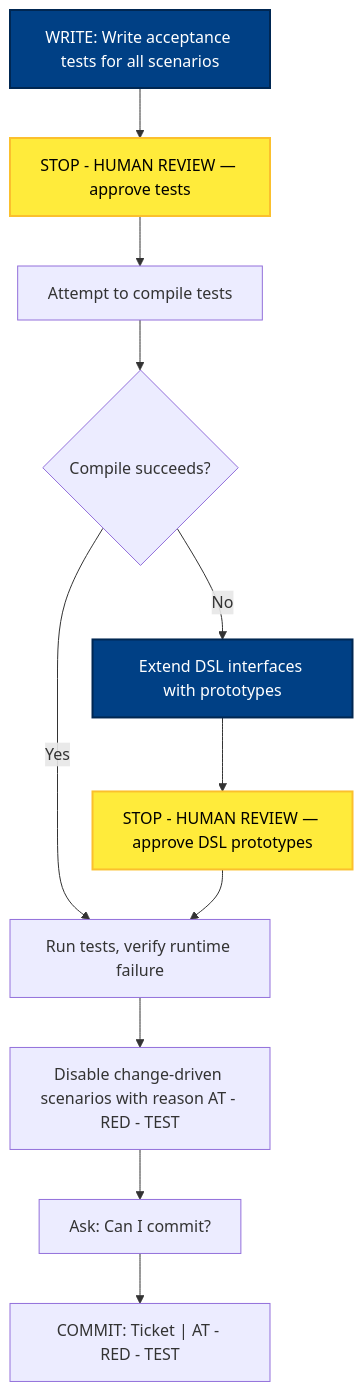
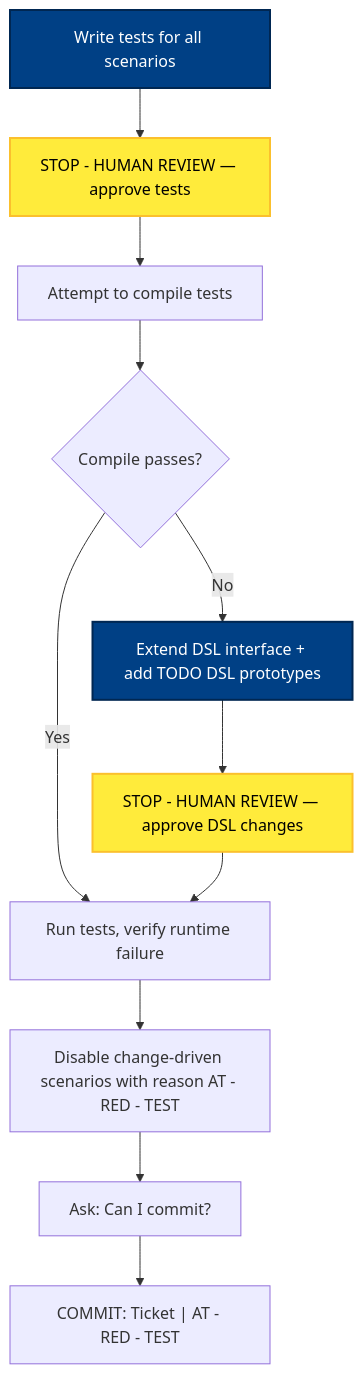
Before and after one commit to optivem/starter: the first of 8 diagrams in docs/atdd/process/diagram-phase-details.md, drawn with Mermaid. The commit also changed other lines of this file and 2 other files, not shown here.

````diff
--- a/docs/atdd/process/diagram-phase-details.md
+++ b/docs/atdd/process/diagram-phase-details.md
@@ -22,29 +24,29 @@
 ```mermaid
 flowchart TD
-    WRITE[WRITE: Write acceptance tests for all scenarios]
-    STOP_WRITE_TESTS["STOP - HUMAN REVIEW — approve tests"]
+    WRITE[Write tests for all scenarios]
+    STOP_WRITE_TESTS[STOP - HUMAN REVIEW — approve tests]
     COMPILE[Attempt to compile tests]
-    COMPILE_OK{Compile succeeds?}
-    EXTEND_DSL[Extend DSL interfaces with prototypes]
-    STOP_DSL["STOP - HUMAN REVIEW — approve DSL prototypes"]
+    GATE_COMPILE{Compile passes?}
+    EXTEND_DSL[Extend DSL interface + add TODO DSL prototypes]
+    STOP_DSL[STOP - HUMAN REVIEW — approve DSL changes]
     RUN[Run tests, verify runtime failure]
-    DISABLE["Disable change-driven scenarios with reason AT - RED - TEST"]
+    DISABLE[Disable change-driven scenarios with reason AT - RED - TEST]
     ASK_COMMIT["Ask: Can I commit?"]
     COMMIT["COMMIT: Ticket | AT - RED - TEST"]
 
     WRITE --> STOP_WRITE_TESTS
     STOP_WRITE_TESTS --> COMPILE
-    COMPILE --> COMPILE_OK
-    COMPILE_OK -->|Yes| RUN
-    COMPILE_OK -->|No| EXTEND_DSL
+    COMPILE --> GATE_COMPILE
+    GATE_COMPILE -- Yes --> RUN
+    GATE_COMPILE -- No --> EXTEND_DSL
     EXTEND_DSL --> STOP_DSL
     STOP_DSL --> RUN
     RUN --> DISABLE
     DISABLE --> ASK_COMMIT
     ASK_COMMIT --> COMMIT
 
     classDef effortNode fill:#004085,stroke:#002752,stroke-width:2px,color:#ffffff
     class WRITE,EXTEND_DSL effortNode
     classDef humanReviewNode fill:#ffeb3b,stroke:#fbc02d,stroke-width:2px,color:#000
     class STOP_WRITE_TESTS,STOP_DSL humanReviewNode
 ```
````
